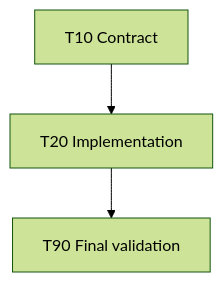
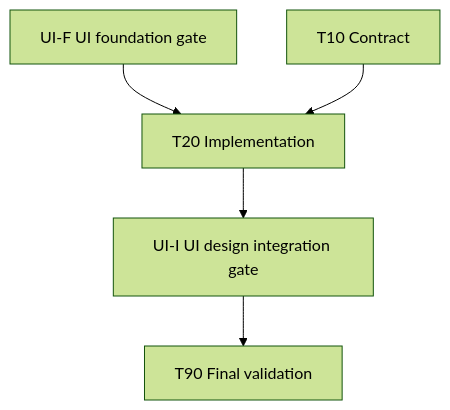
The second of 2 diagrams in .codex/skills/dev/cursor-agent-delegate/templates/plan.md (ryryo/dot-claude-dev), drawn with Mermaid (forest theme) before and after one commit. The commit also changed other lines of this file and 10 other files, not shown here.

````diff
--- a/.codex/skills/dev/cursor-agent-delegate/templates/plan.md
+++ b/.codex/skills/dev/cursor-agent-delegate/templates/plan.md
@@ -68,5 +138,7 @@
 ```mermaid
 flowchart TD
-  T10["T10 Contract"] --> T20["T20 Implementation"]
-  T20 --> T90["T90 Final validation"]
+  UIF["UI-F UI foundation gate"] --> T20["T20 Implementation"]
+  T10["T10 Contract"] --> T20
+  T20 --> UII["UI-I UI design integration gate"]
+  UII --> T90["T90 Final validation"]
 ```
````
